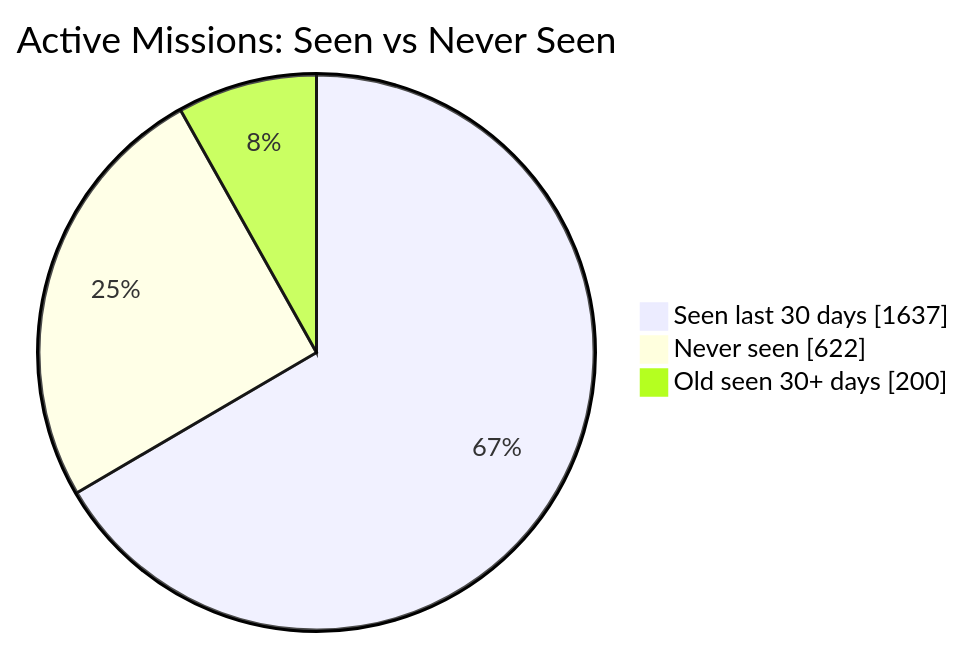
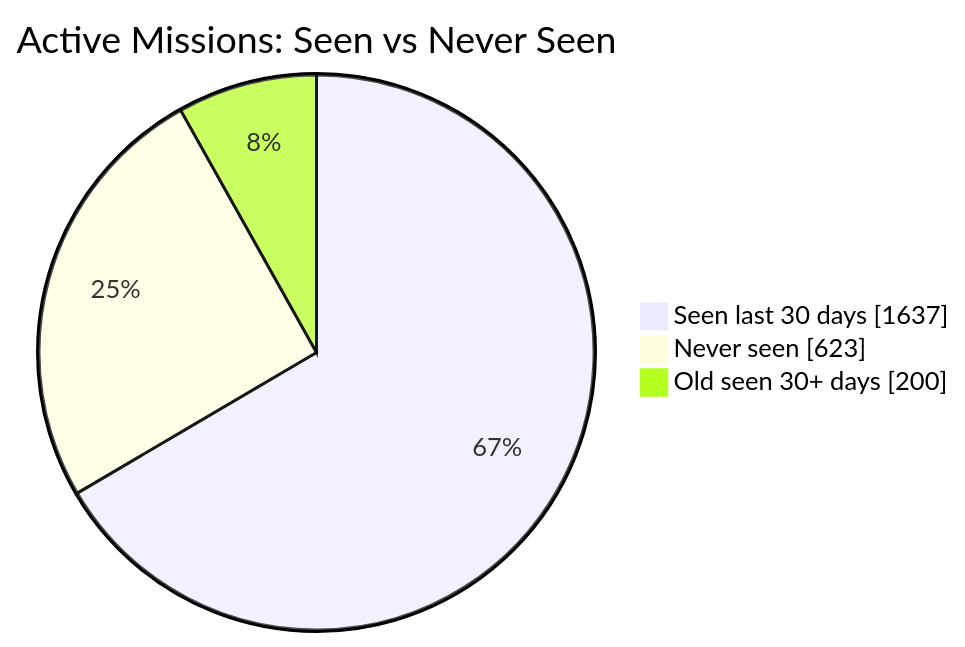
The first of 2 diagrams in README.md (MeldkamerspelGameTeam/active-missions), drawn with Mermaid before and after one commit. The commit also changed other lines of this file and 3 other files, not shown here.

````diff
--- a/README.md
+++ b/README.md
@@ -34,7 +34,7 @@
 ```mermaid
 pie showData
     title Active Missions: Seen vs Never Seen
     "Seen last 30 days" : 1637
-    "Never seen" : 622
+    "Never seen" : 623
     "Old seen 30+ days" : 200
 ```
````
